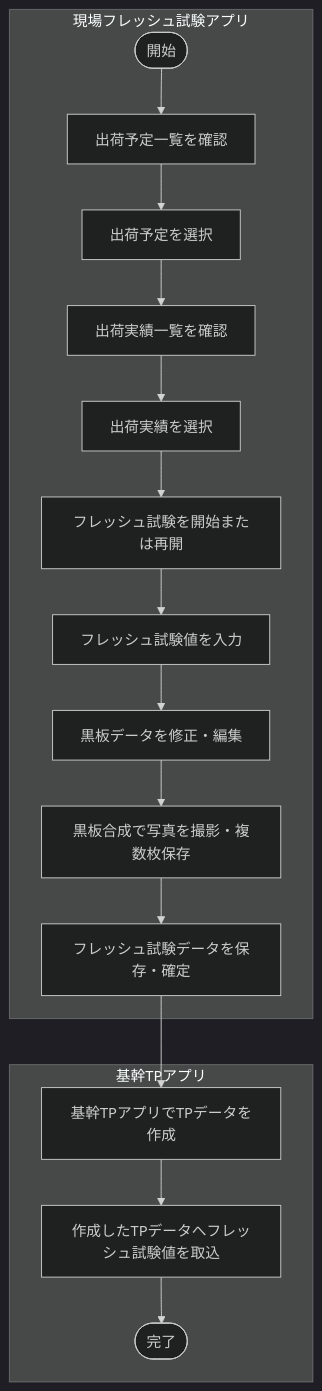
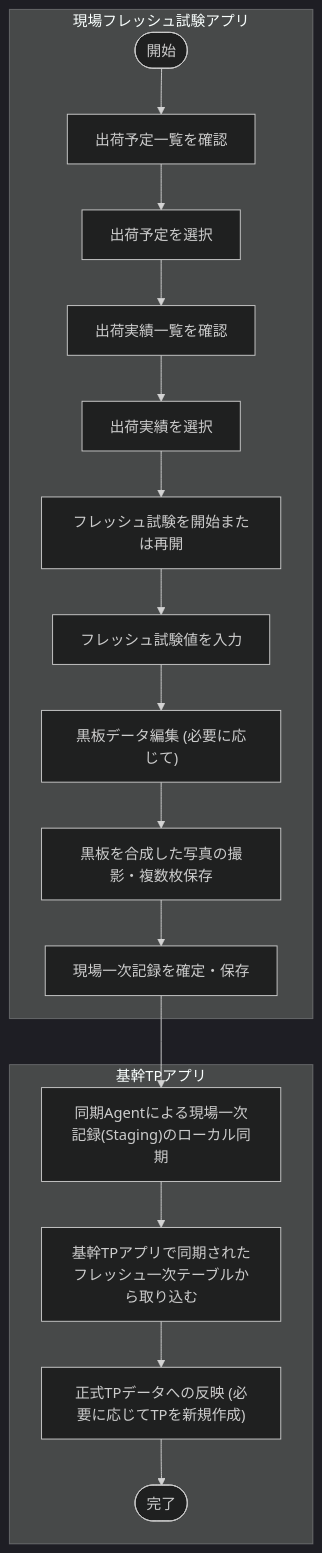
One commit to sakku0039/FieldTester changed the second of 11 diagrams in docs/Labonity用現場試験アプリ_設計書_v1.0.md. Above: the diagram before and after it, drawn with Mermaid (dark theme). The commit also changed other lines of this file, not shown here.

````diff
--- a/docs/Labonity用現場試験アプリ_設計書_v1.0.md
+++ b/docs/Labonity用現場試験アプリ_設計書_v1.0.md
@@ -111,22 +110,23 @@
 ```mermaid
 flowchart TD
     subgraph 現場アプリ["現場フレッシュ試験アプリ"]
-        A([開始]) --> B[出荷予定一覧を確認]
-        B --> C[出荷予定を選択]
-        C --> D[出荷実績一覧を確認]
-        D --> E[出荷実績を選択]
-        E --> F[フレッシュ試験を開始または再開]
-        F --> G[フレッシュ試験値を入力]
-        G --> H[黒板データを修正・編集]
-        H --> I[黒板合成で写真を撮影・複数枚保存]
-        I --> J[フレッシュ試験データを保存・確定]
+        A([開始]) --> B["出荷予定一覧を確認"]
+        B --> C["出荷予定を選択"]
+        C --> D["出荷実績一覧を確認"]
+        D --> E["出荷実績を選択"]
+        E --> F["フレッシュ試験を開始または再開"]
+        F --> G["フレッシュ試験値を入力"]
+        G --> H["黒板データ編集 (必要に応じて)"]
+        H --> I["黒板を合成した写真の撮影・複数枚保存"]
+        I --> J["現場一次記録を確定・保存"]
     end
 
     subgraph 基幹システム["基幹TPアプリ"]
-        M[基幹TPアプリでTPデータを作成]
-        M --> N[作成したTPデータへフレッシュ試験値を取込]
-        N --> O([完了])
+        K["同期Agentによる現場一次記録(Staging)のローカル同期"]
+        K --> L["基幹TPアプリで同期されたフレッシュ一次テーブルから取り込む"]
+        L --> M["正式TPデータへの反映 (必要に応じてTPを新規作成)"]
+        M --> N([完了])
     end
 
-    J --> M
+    J --> K
 ```
````
